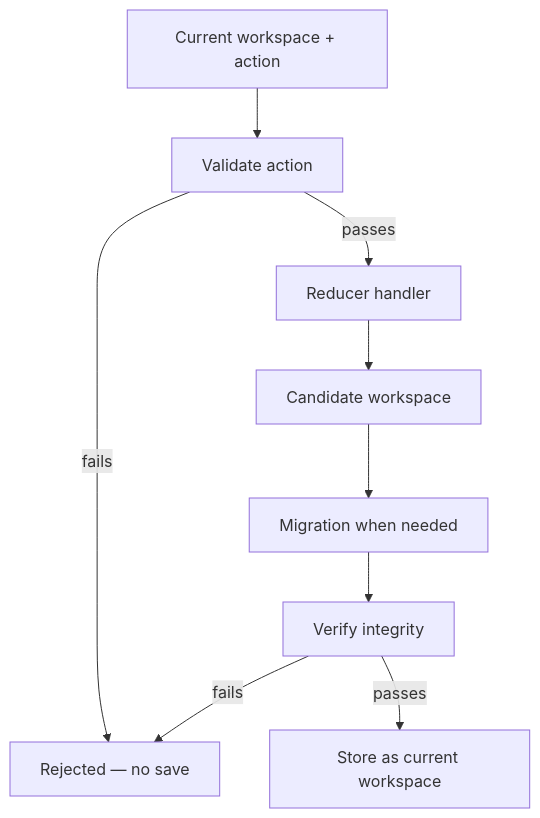
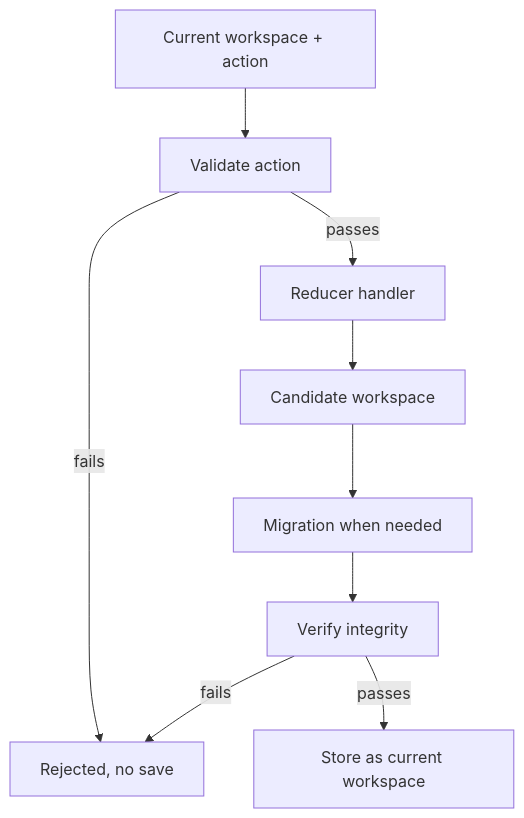
The diagram in packages/core/README.md (SeldonDigital/seldon), drawn with Mermaid before and after one commit. The commit also changed other lines of this file and 12428 other files, not shown here.

````diff
--- a/packages/core/README.md
+++ b/packages/core/README.md
@@ -55,11 +72,11 @@
 ```mermaid
 flowchart TD
   start[Current workspace + action] --> validation[Validate action]
-  validation -->|fails| rejected[Rejected — no save]
+  validation -->|fails| rejected[Rejected, no save]
   validation -->|passes| handler[Reducer handler]
   handler --> candidate[Candidate workspace]
   candidate --> migration[Migration when needed]
   migration --> verification[Verify integrity]
   verification -->|fails| rejected
   verification -->|passes| next[Store as current workspace]
 ```
````
